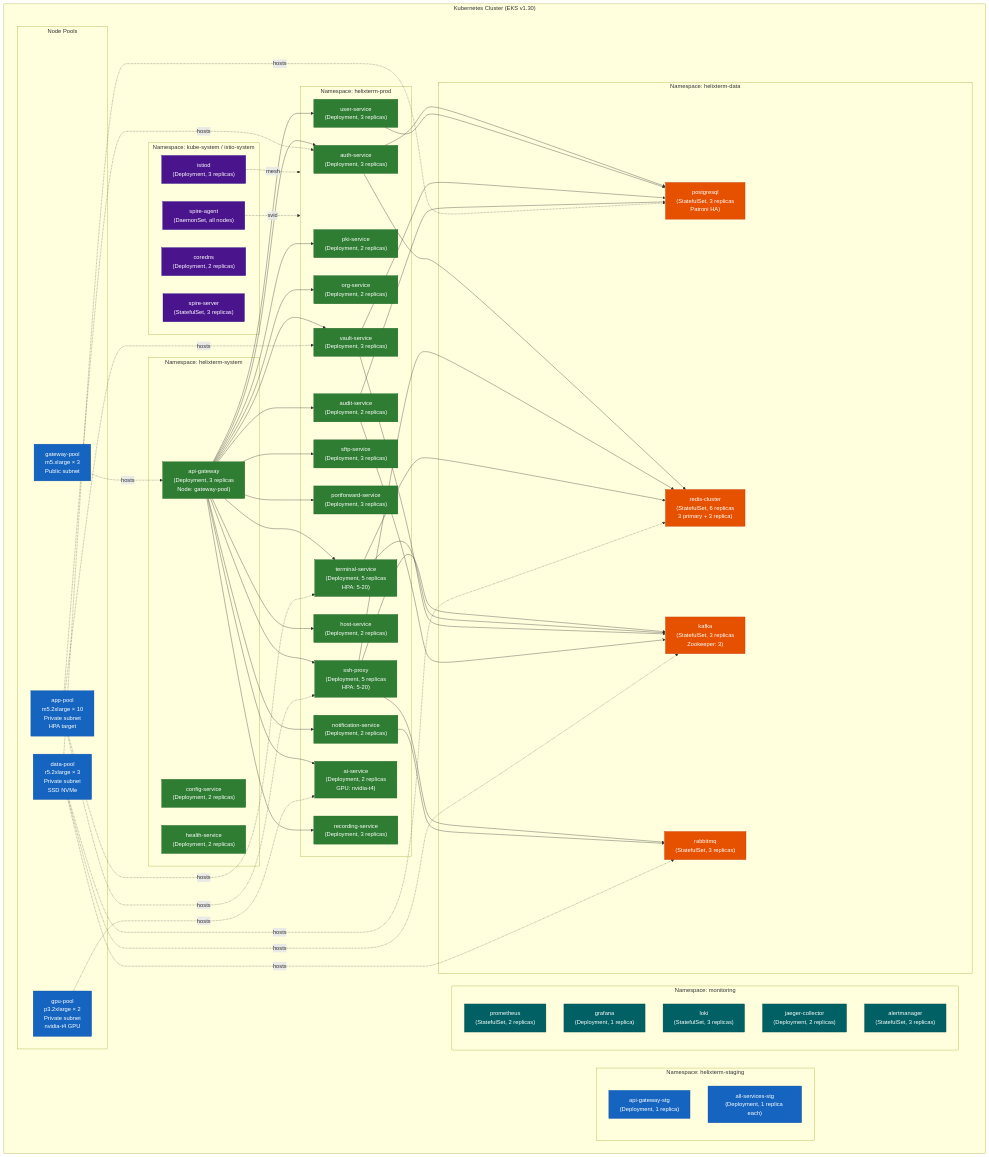
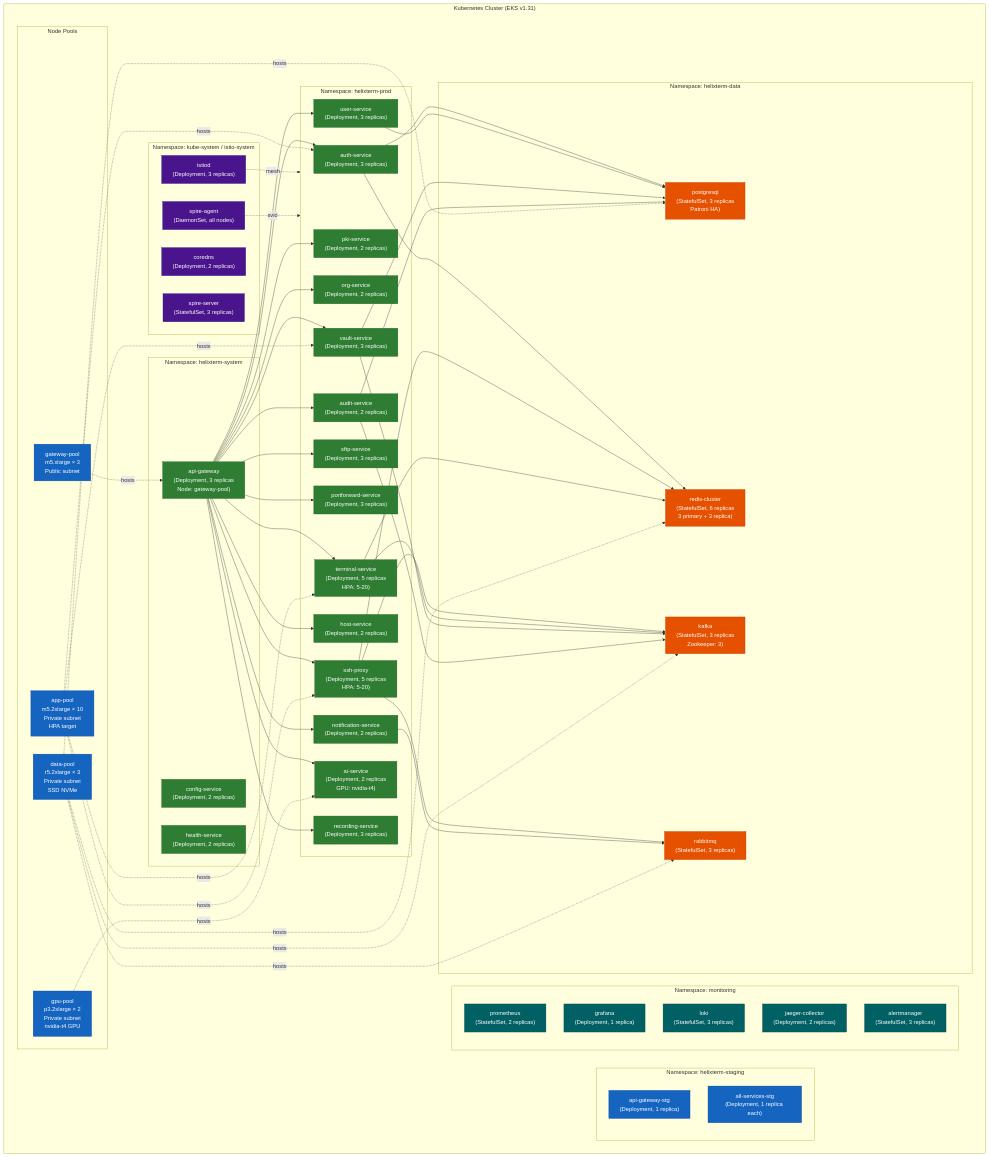
Before and after one commit to HelixDevelopment/helix_terminator: diagram 26 of 30 in docs/research/mvp/output/docs/markdown/12_mermaid_diagrams.md, drawn with Mermaid. The commit also changed other lines of this file and 45 other files, not shown here.

```diff
--- a/docs/research/mvp/output/docs/markdown/12_mermaid_diagrams.md
+++ b/docs/research/mvp/output/docs/markdown/12_mermaid_diagrams.md
@@ -2263,7 +2263,7 @@
     classDef infra fill:#4a148c,stroke:#311b92,color:#fff
     classDef monitoring fill:#006064,stroke:#004d40,color:#fff
 
-    subgraph CLUSTER["Kubernetes Cluster (EKS v1.30)"]
+    subgraph CLUSTER["Kubernetes Cluster (EKS v1.31)"]
 
         subgraph INFRA_NS["Namespace: kube-system / istio-system"]
             ISTIOD["istiod\n(Deployment, 3 replicas)"]
```
